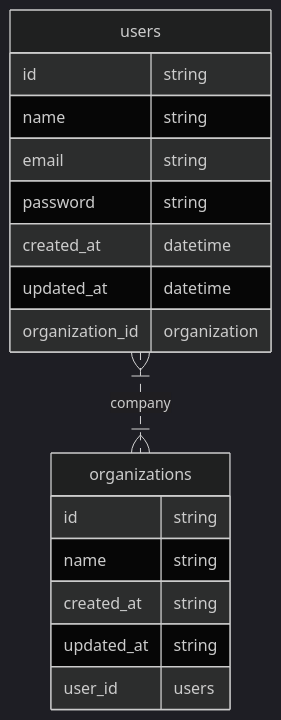
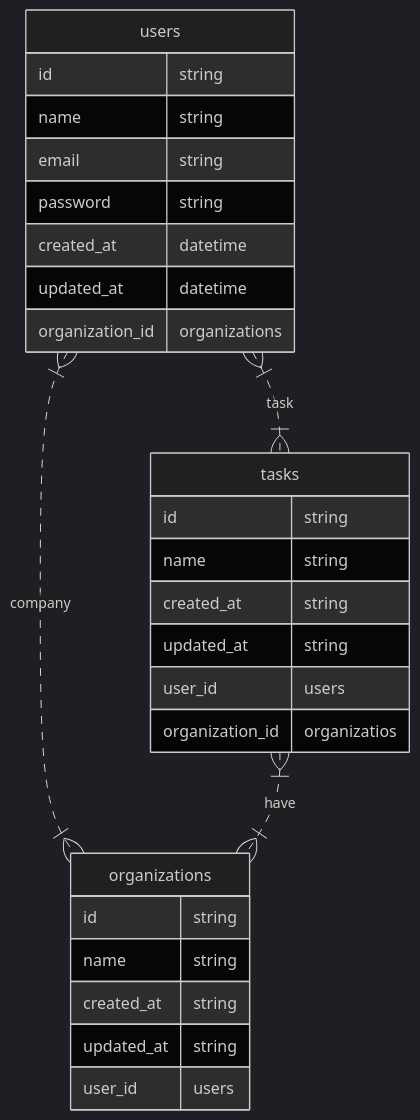
One commit to takumi12311123/project-kadai3 changed the diagram in db/er.md. Above: the diagram before and after it, drawn with Mermaid (dark theme).

````diff
--- a/db/er.md
+++ b/db/er.md
@@ -1,23 +1,34 @@
 ```mermaid
 erDiagram
 
   users {
   id string 
   name string 
   email string 
   password string 
   created_at datetime
   updated_at datetime
-  organization_id organization
+  organization_id organizations
   }
   
   organizations {
    id string
    name string
    created_at string
    updated_at string
    user_id users
   }
   
+  tasks {
+   id string
+   name string
+   created_at string
+   updated_at string
+   user_id users
+   organization_id organizatios
+  }
+  
   users }|..|{ organizations: company
+  users }|..|{ tasks: task
+  tasks }|..|{ organizations: have
 ```
````
